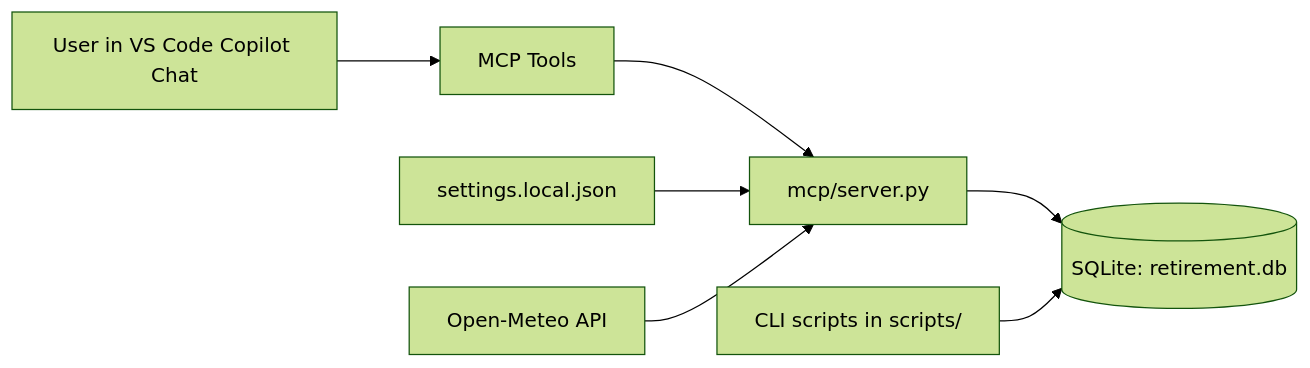
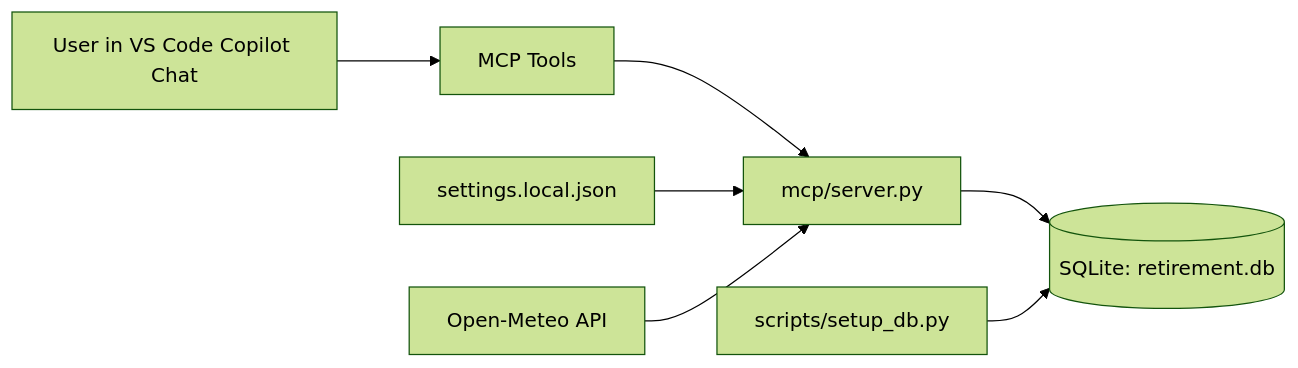
Before and after one commit to ChrisStitching/retirement-assistant: the diagram in documentation/design.md, drawn with Mermaid (forest theme). The commit also changed other lines of this file and 9 other files, not shown here.

````diff
--- a/documentation/design.md
+++ b/documentation/design.md
@@ -21,9 +21,9 @@
 ```mermaid
 flowchart LR
         U[User in VS Code Copilot Chat] --> M[MCP Tools]
         M --> S[mcp/server.py]
         S --> D[(SQLite: retirement.db)]
-        C[CLI scripts in scripts/] --> D
+    C[scripts/setup_db.py] --> D
         CFG[settings.local.json] --> S
         W[Open-Meteo API] --> S
 ```
````
